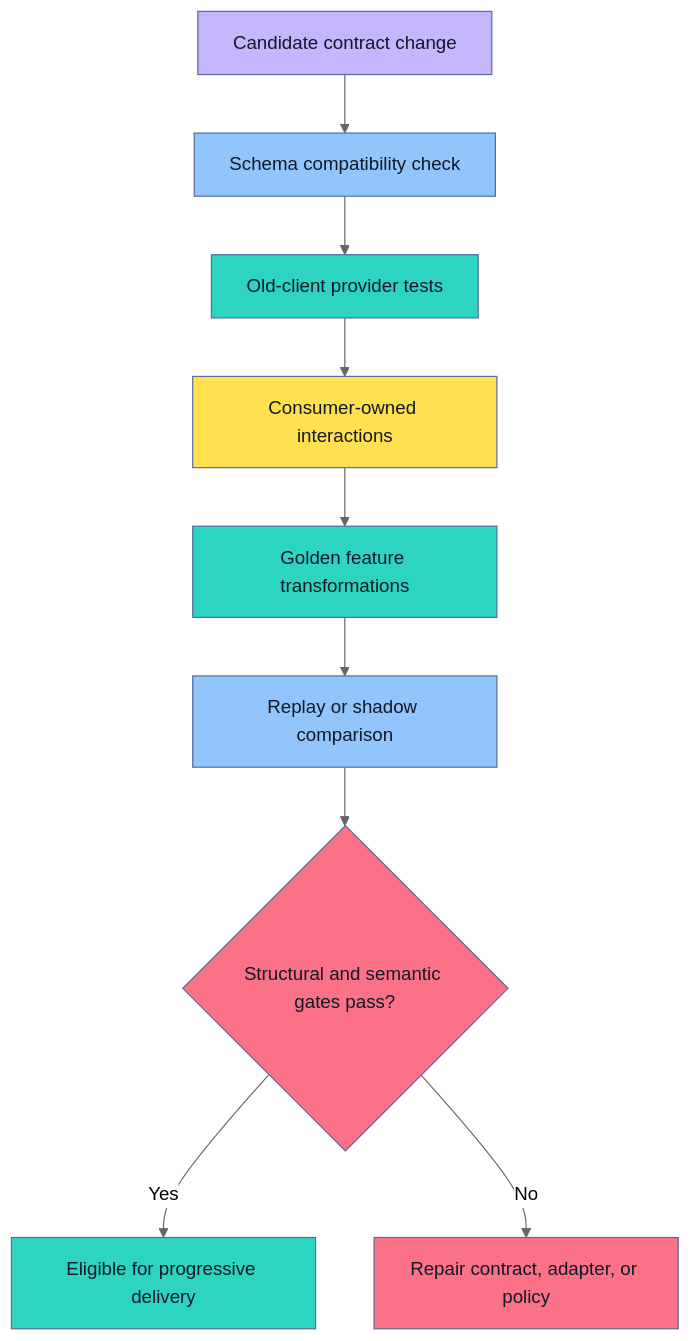
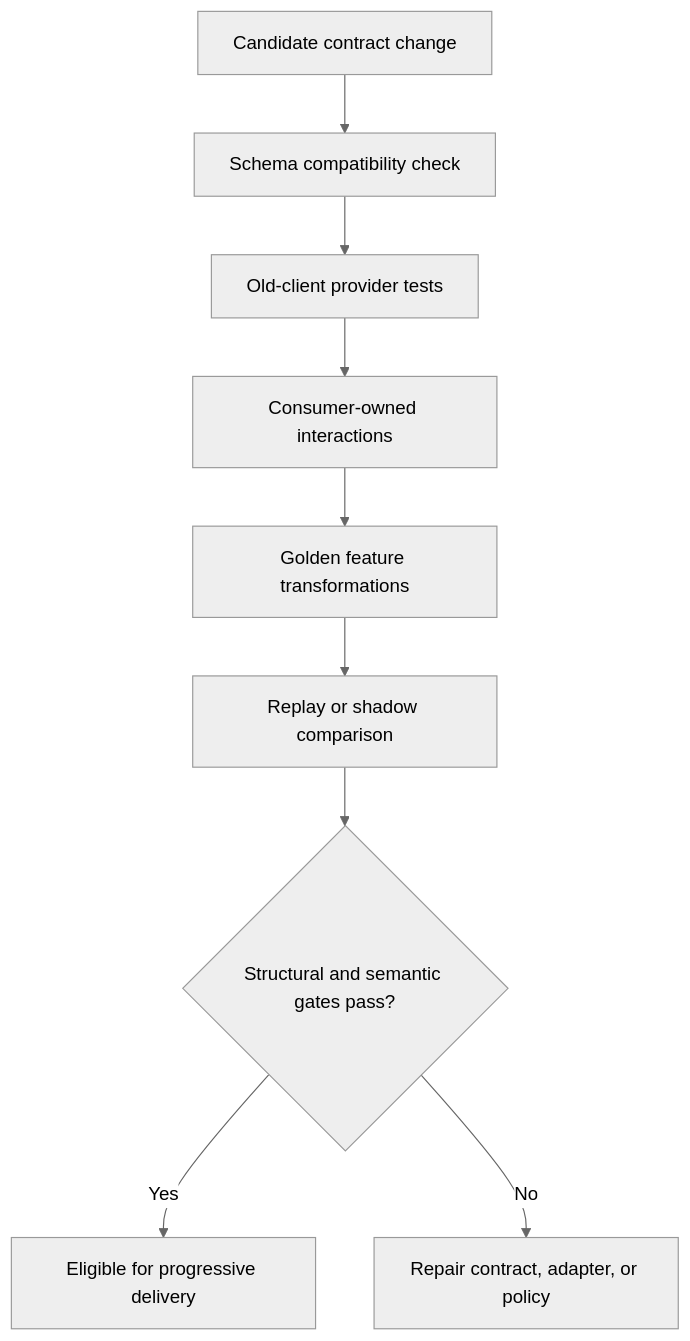
One commit to senlinyy/dev-roadmaps changed the sixth of 8 diagrams in roadmaps/mlops/modules/deployment-and-release-management/release-strategies/01-backward-compatible-model-apis.md. Above: the diagram before and after it, drawn with Mermaid (neutral theme). The commit also changed other lines of this file and 152 other files, not shown here.

Commit message:
feat: mlops and diagrams updated

````diff
--- a/roadmaps/mlops/modules/deployment-and-release-management/release-strategies/01-backward-compatible-model-apis.md
+++ b/roadmaps/mlops/modules/deployment-and-release-management/release-strategies/01-backward-compatible-model-apis.md
@@ -393,21 +393,21 @@
 ```mermaid
 flowchart TD
     A["Candidate contract change"] --> B["Schema compatibility check"]
     B --> C["Old-client provider tests"]
     C --> D["Consumer-owned interactions"]
     D --> E["Golden feature transformations"]
     E --> F["Replay or shadow comparison"]
     F --> G{"Structural and semantic gates pass?"}
     G -->|"Yes"| H["Eligible for progressive delivery"]
     G -->|"No"| I["Repair contract, adapter, or policy"]
 
-    style A fill:#C4B5FD,stroke:#536A9A,color:#111827
-    style B fill:#93C5FD,stroke:#536A9A,color:#111827
-    style C fill:#2DD4BF,stroke:#536A9A,color:#111827
-    style D fill:#FFE04F,stroke:#536A9A,color:#111827
-    style E fill:#2DD4BF,stroke:#536A9A,color:#111827
-    style F fill:#93C5FD,stroke:#536A9A,color:#111827
-    style G fill:#FB7185,stroke:#536A9A,color:#111827
-    style H fill:#2DD4BF,stroke:#536A9A,color:#111827
-    style I fill:#FB7185,stroke:#536A9A,color:#111827
+    class A dp-mermaid-primary
+    class B dp-mermaid-secondary
+    class C dp-mermaid-tertiary
+    class D dp-mermaid-quaternary
+    class E dp-mermaid-tertiary
+    class F dp-mermaid-secondary
+    class G dp-mermaid-primary
+    class H dp-mermaid-tertiary
+    class I dp-mermaid-primary
 ```
````
